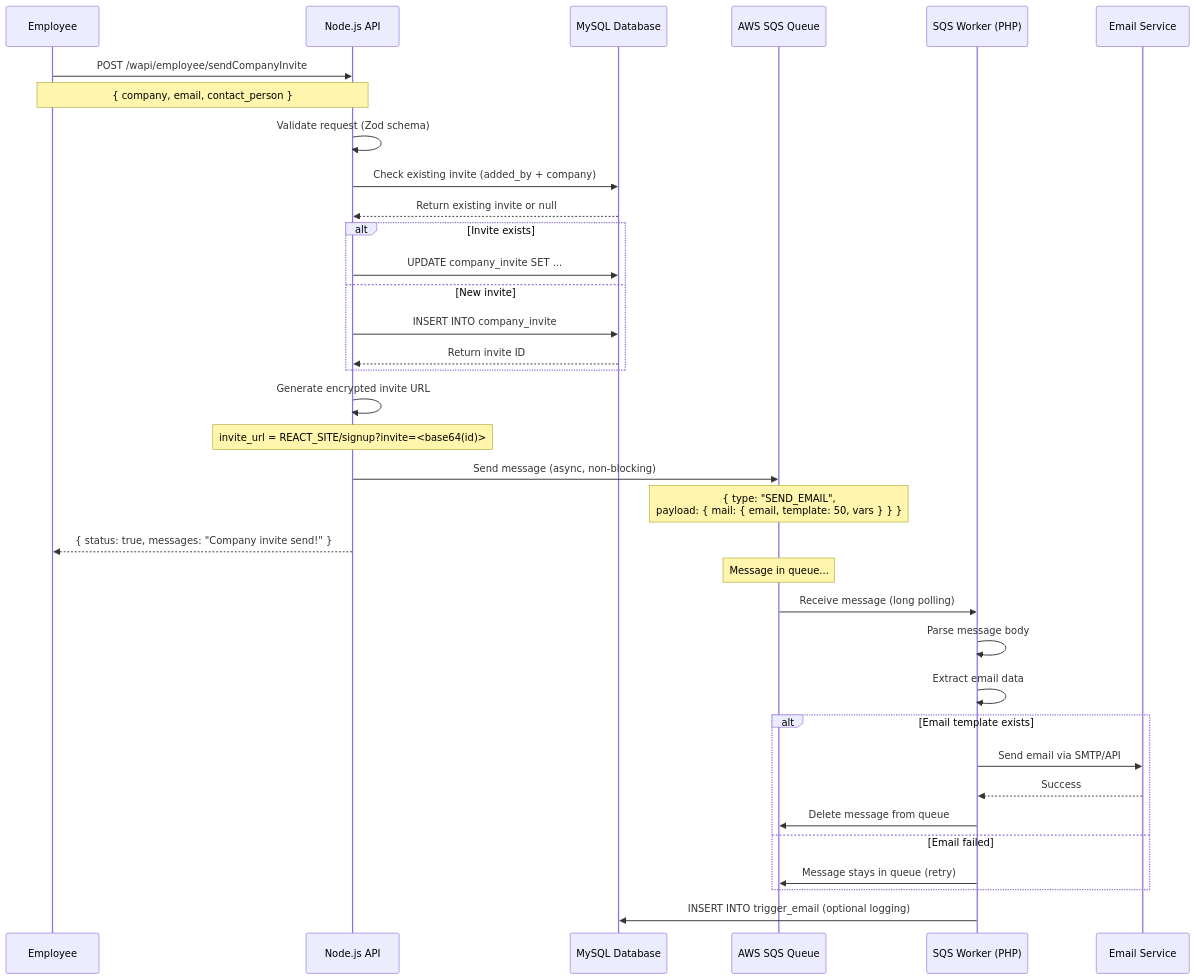
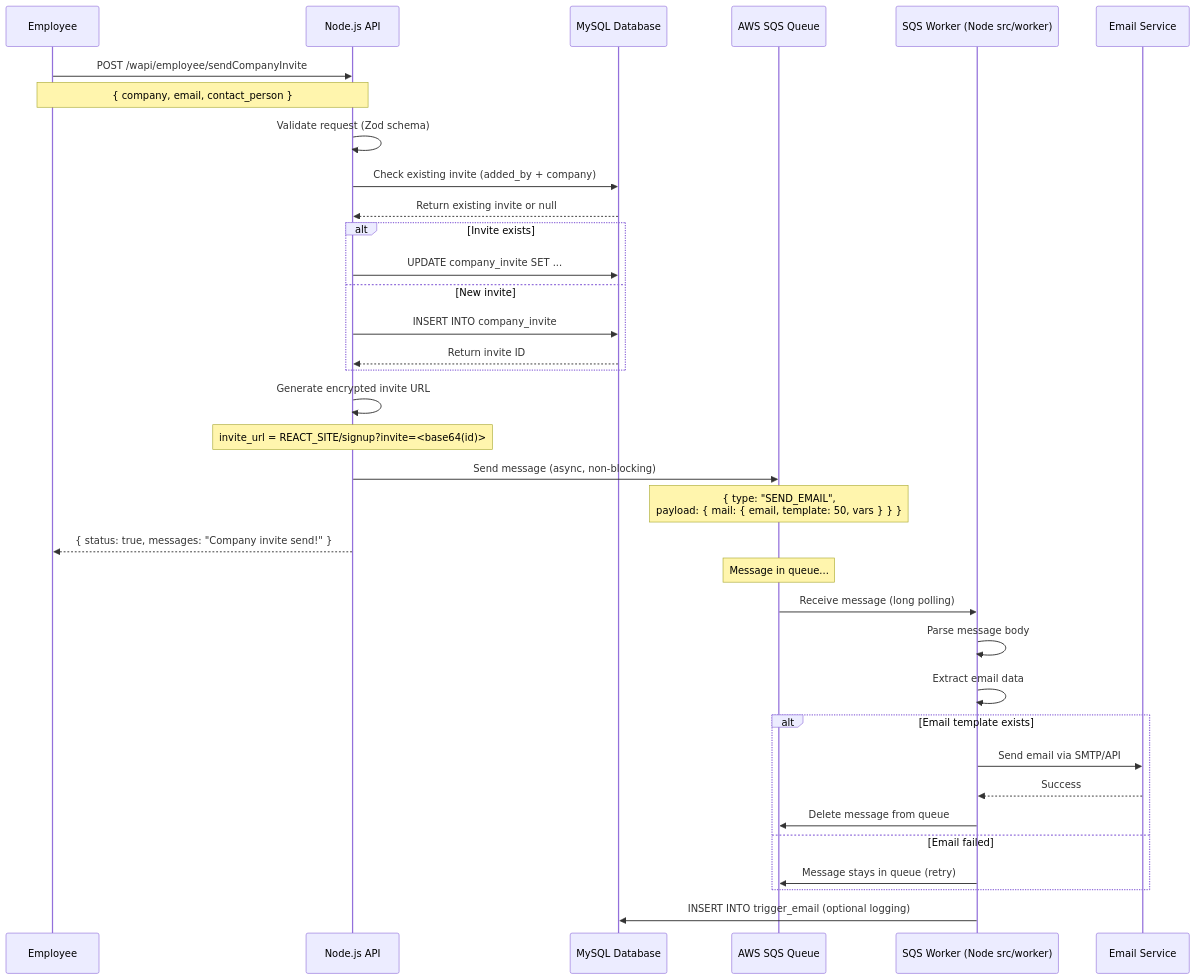
Before and after one commit to shubhamk-collarcheck/collarcheck-api: the first of 5 diagrams in src/api-ai-document/sqs-flow-diagram.md, drawn with Mermaid. The commit also changed other lines of this file and 20 other files, not shown here.

````diff
--- a/src/api-ai-document/sqs-flow-diagram.md
+++ b/src/api-ai-document/sqs-flow-diagram.md
@@ -11,47 +14,47 @@
 ```mermaid
 sequenceDiagram
     participant E as Employee
     participant API as Node.js API
     participant DB as MySQL Database
     participant SQS as AWS SQS Queue
-    participant Worker as SQS Worker (PHP)
+    participant Worker as SQS Worker (Node src/worker)
     participant Email as Email Service
 
     E->>API: POST /wapi/employee/sendCompanyInvite
     Note over E,API: { company, email, contact_person }
 
     API->>API: Validate request (Zod schema)
     API->>DB: Check existing invite (added_by + company)
     DB-->>API: Return existing invite or null
 
     alt Invite exists
         API->>DB: UPDATE company_invite SET ...
     else New invite
         API->>DB: INSERT INTO company_invite
         DB-->>API: Return invite ID
     end
 
     API->>API: Generate encrypted invite URL
     Note over API: invite_url = REACT_SITE/signup?invite=<base64(id)>
 
     API->>SQS: Send message (async, non-blocking)
     Note over SQS: { type: "SEND_EMAIL",<br/>payload: { mail: { email, template: 50, vars } } }
 
     API-->>E: { status: true, messages: "Company invite send!" }
 
     Note over SQS: Message in queue...
 
     SQS->>Worker: Receive message (long polling)
     Worker->>Worker: Parse message body
     Worker->>Worker: Extract email data
 
     alt Email template exists
         Worker->>Email: Send email via SMTP/API
         Email-->>Worker: Success
         Worker->>SQS: Delete message from queue
     else Email failed
         Worker->>SQS: Message stays in queue (retry)
     end
 
     Worker->>DB: INSERT INTO trigger_email (optional logging)
 ```
````
